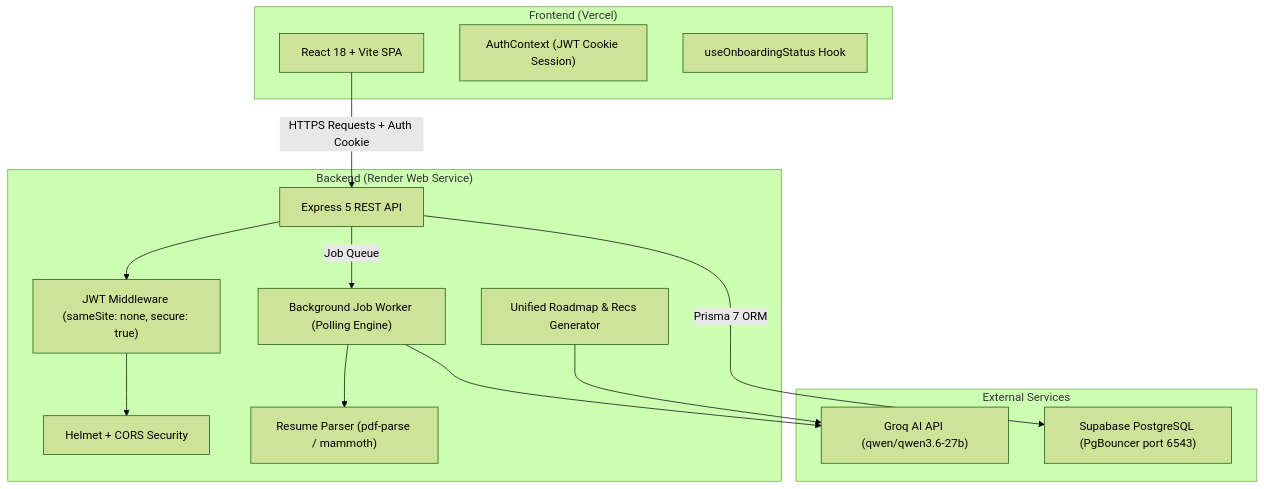
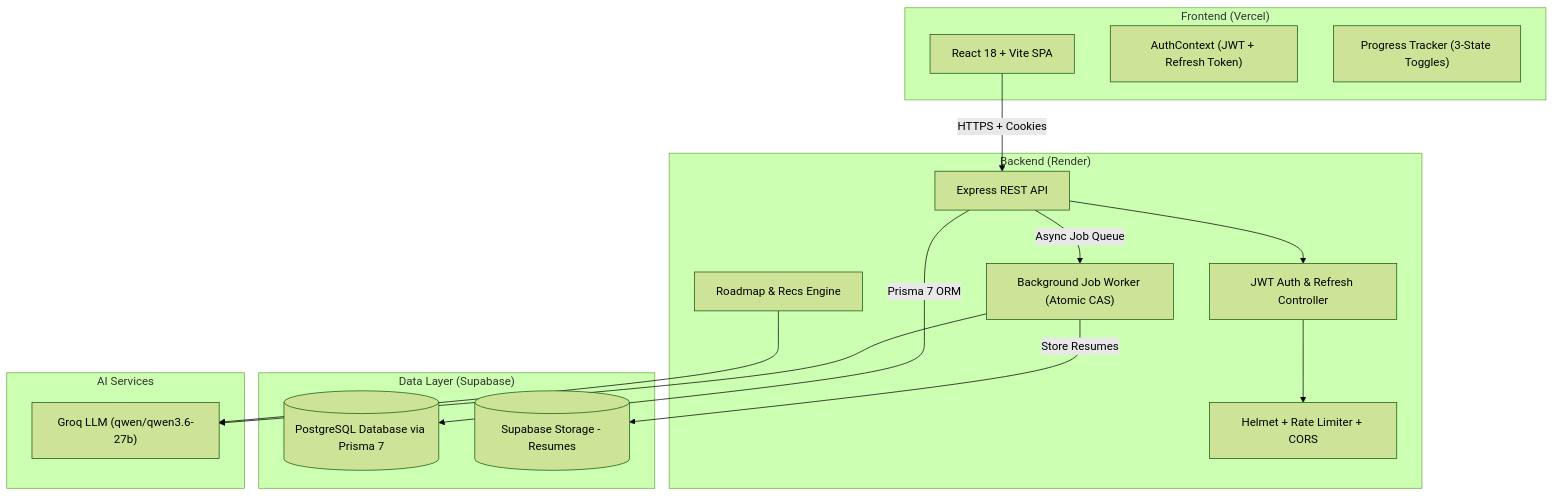
The diagram in README.md (namya0504/SkillForge_AI-), drawn with Mermaid (forest theme) before and after one commit. The commit also changed other lines of this file and 22 other files, not shown here.

Commit message:
Complete Phase B and Phase C: Refresh token auth, server-side progress tracking, account deletion with storage cleanup, performance indexes, stalled job recovery, and updated documentation

````diff
--- a/README.md
+++ b/README.md
@@ -30,30 +53,33 @@
 ```mermaid
 flowchart TD
     subgraph Frontend ["Frontend (Vercel)"]
         UI["React 18 + Vite SPA"]
-        AC["AuthContext (JWT Cookie Session)"]
-        HOOK["useOnboardingStatus Hook"]
+        AC["AuthContext (JWT + Refresh Token)"]
+        PROG["Progress Tracker (3-State Toggles)"]
     end
 
-    subgraph Backend ["Backend (Render Web Service)"]
-        API["Express 5 REST API"]
-        AUTH["JWT Middleware (sameSite: none, secure: true)"]
-        SEC["Helmet + CORS Security"]
-        PARSER["Resume Parser (pdf-parse / mammoth)"]
-        WORKER["Background Job Worker (Polling Engine)"]
-        GEN["Unified Roadmap & Recs Generator"]
+    subgraph Backend ["Backend (Render)"]
+        API["Express REST API"]
+        AUTH["JWT Auth & Refresh Controller"]
+        WORKER["Background Job Worker (Atomic CAS)"]
+        GEN["Roadmap & Recs Engine"]
+        SEC["Helmet + Rate Limiter + CORS"]
     end
 
-    subgraph External ["External Services"]
-        GROQ["Groq AI API (qwen/qwen3.6-27b)"]
-        SUPABASE["Supabase PostgreSQL (PgBouncer port 6543)"]
+    subgraph Storage_Database ["Data Layer (Supabase)"]
+        DB[(PostgreSQL Database via Prisma 7)]
+        BUCKET[(Supabase Storage - Resumes)]
     end
 
-    UI -->|HTTPS Requests + Auth Cookie| API
+    subgraph AI ["AI Services"]
+        GROQ["Groq LLM (qwen/qwen3.6-27b)"]
+    end
+
+    UI -->|HTTPS + Cookies| API
     API --> AUTH --> SEC
-    API -->|Job Queue| WORKER
-    WORKER --> PARSER
+    API -->|Async Job Queue| WORKER
     WORKER --> GROQ
     GEN --> GROQ
-    API -->|Prisma 7 ORM| SUPABASE
+    API -->|Prisma 7 ORM| DB
+    WORKER -->|Store Resumes| BUCKET
 ```
````
